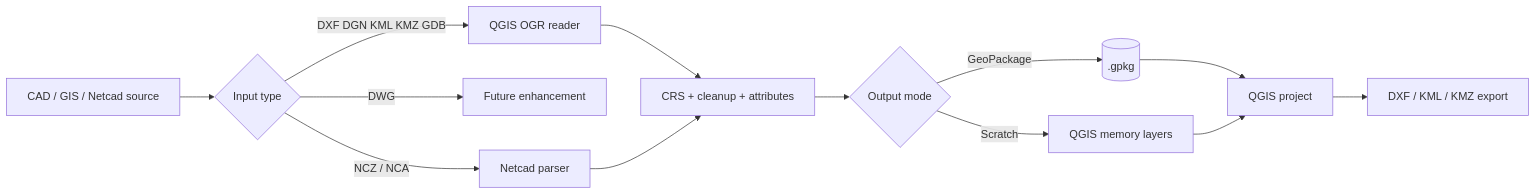
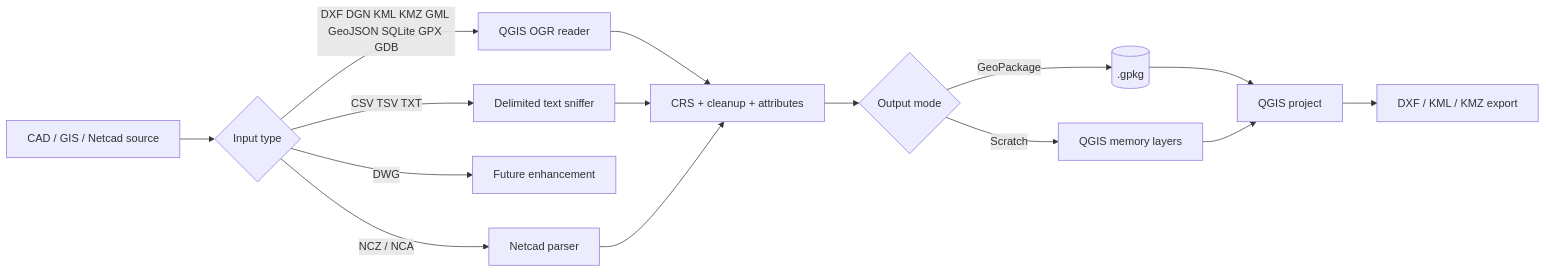
One commit to YusufEminoglu/zero2cadgis changed the diagram in README.md. Above: the diagram before and after it, drawn with Mermaid. The commit also changed other lines of this file and 7 other files, not shown here.

````diff
--- a/README.md
+++ b/README.md
@@ -61,15 +65,17 @@
 ```mermaid
 flowchart LR
   A[CAD / GIS / Netcad source] --> B{Input type}
-  B -->|DXF DGN KML KMZ GDB| C[QGIS OGR reader]
+  B -->|DXF DGN KML KMZ GML GeoJSON SQLite GPX GDB| C[QGIS OGR reader]
+  B -->|CSV TSV TXT| T[Delimited text sniffer]
   B -->|DWG| X[Future enhancement]
   B -->|NCZ / NCA| D[Netcad parser]
   C --> E[CRS + cleanup + attributes]
+  T --> E
   D --> E
   E --> F{Output mode}
   F -->|GeoPackage| G[(.gpkg)]
   F -->|Scratch| H[QGIS memory layers]
   G --> I[QGIS project]
   H --> I
   I --> J[DXF / KML / KMZ export]
 ```
````
